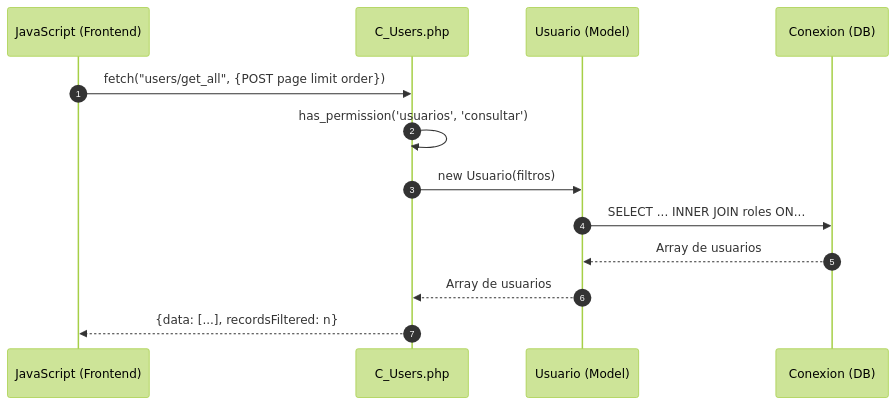
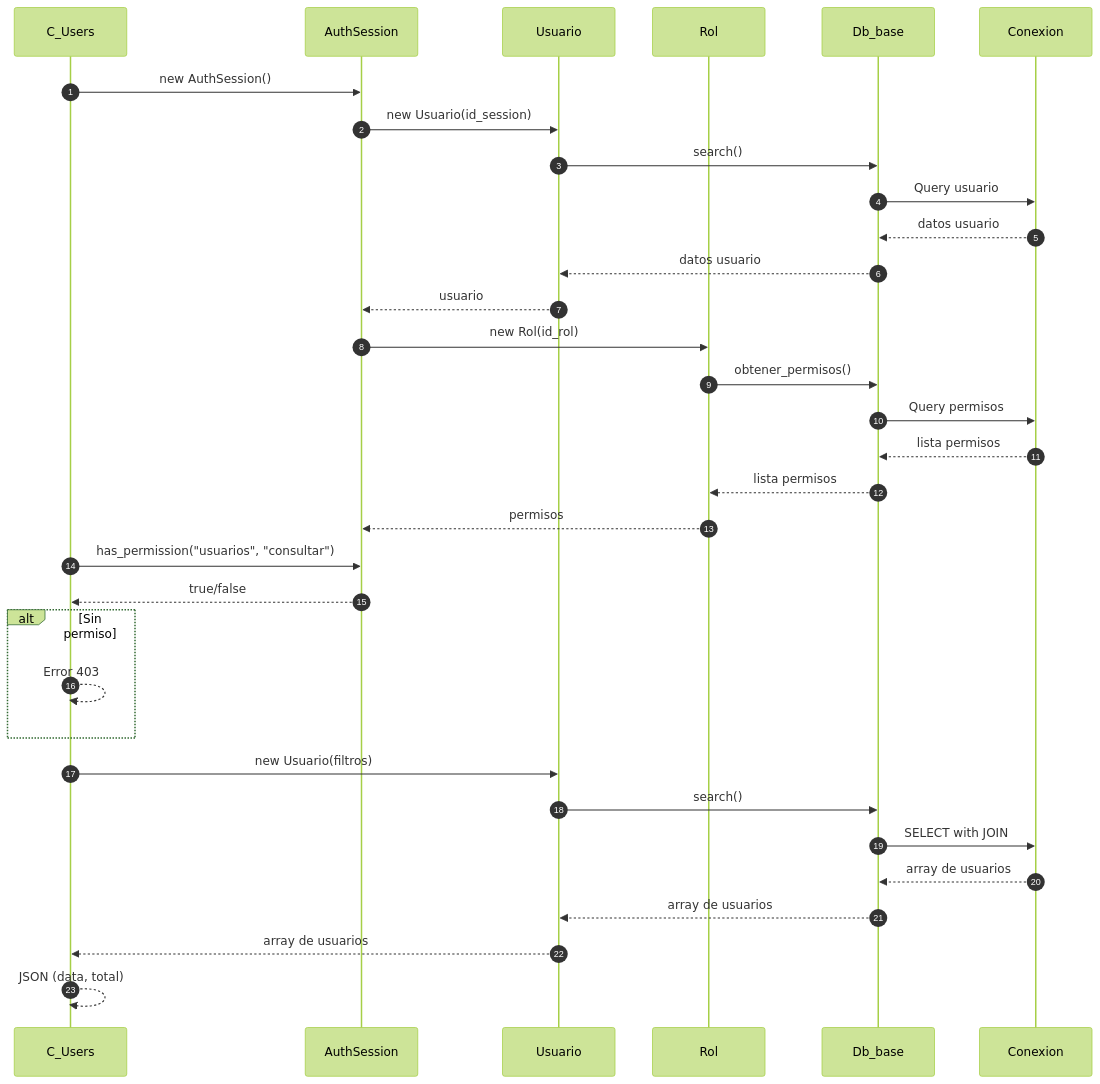
One commit to Tecrato/BurgerHouse changed the second of 6 diagrams in docs/secuencia/usuarios/usuarios.md. Above: the diagram before and after it, drawn with Mermaid (forest theme). The commit also changed other lines of this file and 13 other files, not shown here.

First line of the commit message:
diagramas actualizaos

````diff
--- a/docs/secuencia/usuarios/usuarios.md
+++ b/docs/secuencia/usuarios/usuarios.md
@@ -38,19 +50,41 @@
 ```mermaid
 sequenceDiagram
     autonumber
-    participant JS as JavaScript (Frontend)
-    participant C_Users as C_Users.php
-    participant Usuario as Usuario (Model)
-    participant DB as Conexion (DB)
+    participant C_Users as C_Users
+    participant AuthSession as AuthSession
+    participant Usuario as Usuario
+    participant Rol as Rol
+    participant Db_base as Db_base
+    participant Conexion as Conexion
     
-    JS->>C_Users: fetch("users/get_all", {POST page limit order})
+    C_Users->>AuthSession: new AuthSession()
+    AuthSession->>Usuario: new Usuario(id_session)
+    Usuario->>Db_base: search()
+    Db_base->>Conexion: Query usuario
+    Conexion-->>Db_base: datos usuario
+    Db_base-->>Usuario: datos usuario
+    Usuario-->>AuthSession: usuario
     
-    C_Users->>C_Users: has_permission('usuarios', 'consultar')
+    AuthSession->>Rol: new Rol(id_rol)
+    Rol->>Db_base: obtener_permisos()
+    Db_base->>Conexion: Query permisos
+    Conexion-->>Db_base: lista permisos
+    Db_base-->>Rol: lista permisos
+    Rol-->>AuthSession: permisos
+    
+    C_Users->>AuthSession: has_permission("usuarios", "consultar")
+    AuthSession-->>C_Users: true/false
+    
+    alt Sin permiso
+        C_Users-->>C_Users: Error 403
+    end
     
     C_Users->>Usuario: new Usuario(filtros)
-    Usuario->>DB: SELECT ... INNER JOIN roles ON...
-    DB-->>Usuario: Array de usuarios
-    Usuario-->>C_Users: Array de usuarios
+    Usuario->>Db_base: search()
+    Db_base->>Conexion: SELECT with JOIN
+    Conexion-->>Db_base: array de usuarios
+    Db_base-->>Usuario: array de usuarios
+    Usuario-->>C_Users: array de usuarios
     
-    C_Users-->>JS: {data: [...], recordsFiltered: n}
+    C_Users-->>C_Users: JSON (data, total)
 ```
````
